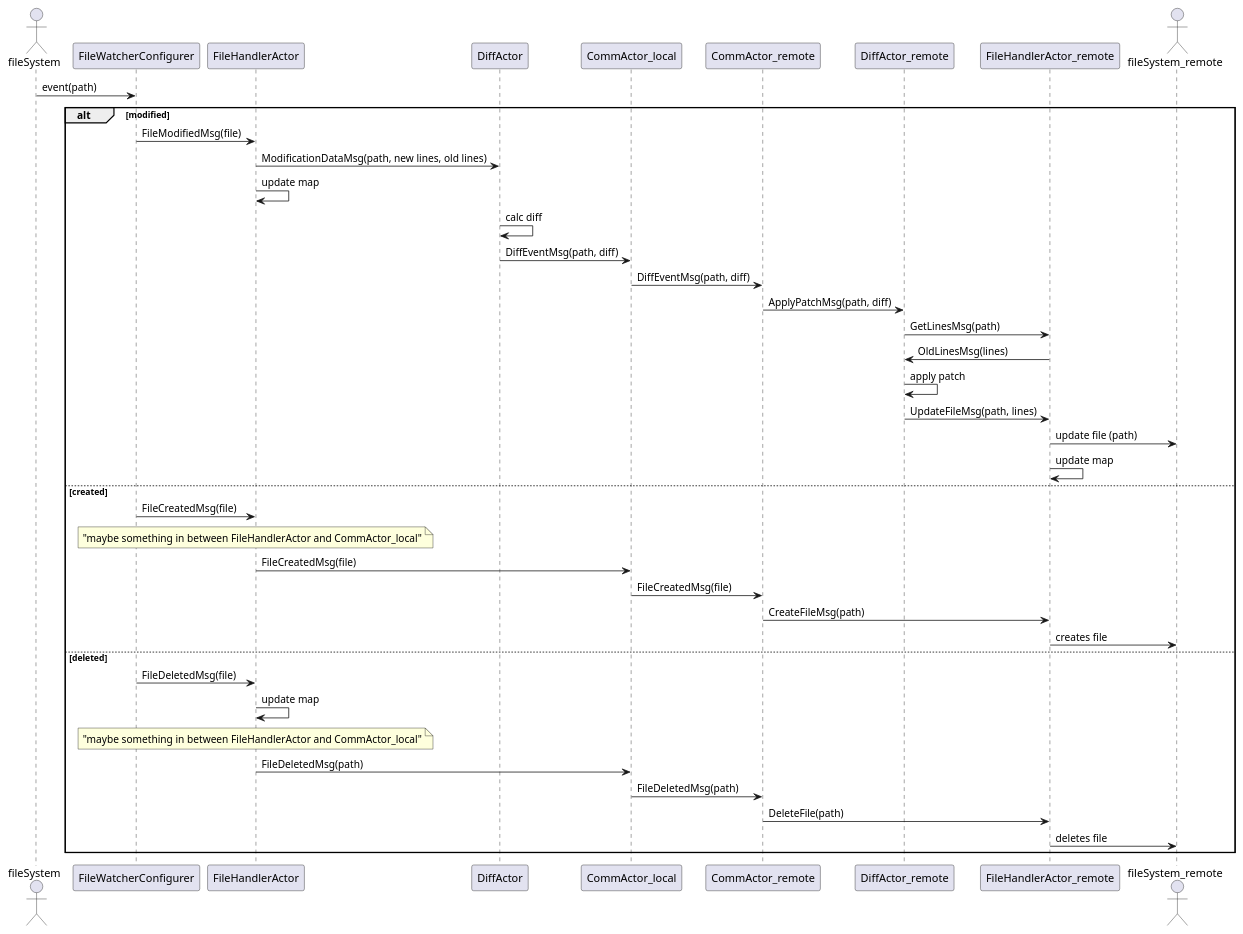
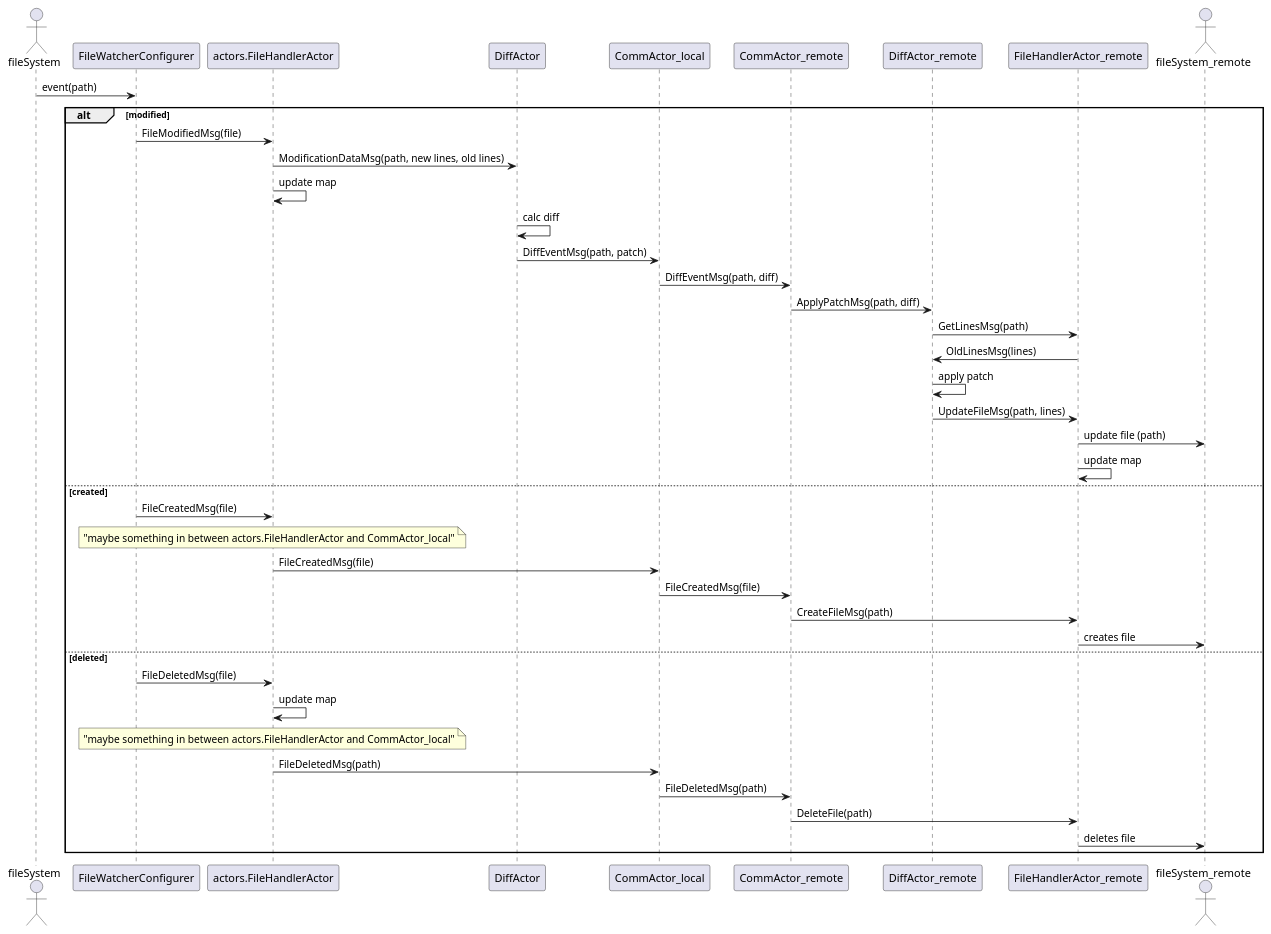
One commit to Goolue/fileSyncr changed the diagram in docs/basicSeq.puml. Above: the diagram before and after it, drawn with PlantUML. The commit also changed 1 other file, not shown here.

```diff
--- a/docs/basicSeq.puml
+++ b/docs/basicSeq.puml
@@ -1,56 +1,56 @@
 @startuml
 	
 	actor fileSystem
 	participant FileWatcherConfigurer
-	participant FileHandlerActor
+	participant actors.FileHandlerActor
 	participant DiffActor
 	participant CommActor_local
 	participant CommActor_remote
 	participant DiffActor_remote
 	participant FileHandlerActor_remote
 	actor fileSystem_remote
 
 	fileSystem -> FileWatcherConfigurer : event(path)
 	
 	alt modified
 		
-		FileWatcherConfigurer -> FileHandlerActor : FileModifiedMsg(file)
-		FileHandlerActor -> DiffActor : ModificationDataMsg(path, new lines, old lines)
-		FileHandlerActor -> FileHandlerActor : update map
+		FileWatcherConfigurer -> actors.FileHandlerActor : FileModifiedMsg(file)
+		actors.FileHandlerActor -> DiffActor : ModificationDataMsg(path, new lines, old lines)
+		actors.FileHandlerActor -> actors.FileHandlerActor : update map
 		DiffActor -> DiffActor : calc diff
-		DiffActor -> CommActor_local : DiffEventMsg(path, diff)
+		DiffActor -> CommActor_local : DiffEventMsg(path, patch)
 		CommActor_local -> CommActor_remote : DiffEventMsg(path, diff)
 		CommActor_remote -> DiffActor_remote : ApplyPatchMsg(path, diff)
 		DiffActor_remote -> FileHandlerActor_remote : GetLinesMsg(path)
 		FileHandlerActor_remote -> DiffActor_remote : OldLinesMsg(lines)
 		DiffActor_remote -> DiffActor_remote : apply patch
 		DiffActor_remote -> FileHandlerActor_remote : UpdateFileMsg(path, lines)
 		FileHandlerActor_remote -> fileSystem_remote : update file (path)
 		FileHandlerActor_remote -> FileHandlerActor_remote : update map
 
 	else created
 
-		FileWatcherConfigurer -> FileHandlerActor : FileCreatedMsg(file)
-		note over FileHandlerActor 
-			"maybe something in between FileHandlerActor and CommActor_local"
+		FileWatcherConfigurer -> actors.FileHandlerActor : FileCreatedMsg(file)
+		note over actors.FileHandlerActor
+			"maybe something in between actors.FileHandlerActor and CommActor_local"
 		endnote
-		FileHandlerActor -> CommActor_local : FileCreatedMsg(file)
+		actors.FileHandlerActor -> CommActor_local : FileCreatedMsg(file)
 		CommActor_local -> CommActor_remote : FileCreatedMsg(file)
 		CommActor_remote -> FileHandlerActor_remote : CreateFileMsg(path)
 		FileHandlerActor_remote -> fileSystem_remote : creates file
 
 	else deleted
 
-		FileWatcherConfigurer -> FileHandlerActor : FileDeletedMsg(file)
-		FileHandlerActor -> FileHandlerActor : update map
-		note over FileHandlerActor 
-			"maybe something in between FileHandlerActor and CommActor_local"
+		FileWatcherConfigurer -> actors.FileHandlerActor : FileDeletedMsg(file)
+		actors.FileHandlerActor -> actors.FileHandlerActor : update map
+		note over actors.FileHandlerActor
+			"maybe something in between actors.FileHandlerActor and CommActor_local"
 		endnote
-		FileHandlerActor -> CommActor_local : FileDeletedMsg(path)
+		actors.FileHandlerActor -> CommActor_local : FileDeletedMsg(path)
 		CommActor_local -> CommActor_remote : FileDeletedMsg(path)
 		CommActor_remote -> FileHandlerActor_remote : DeleteFile(path)
 		FileHandlerActor_remote -> fileSystem_remote : deletes file
 
 	end
 
 @enduml
```
